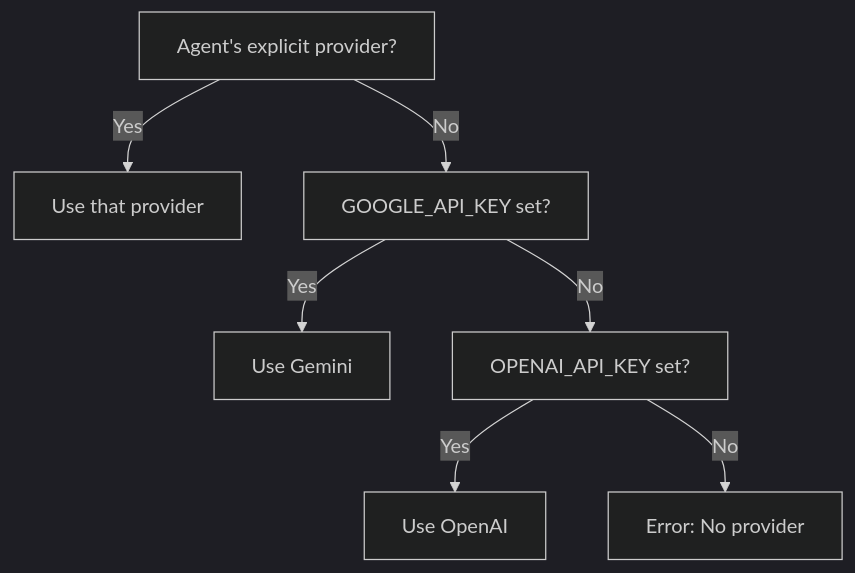
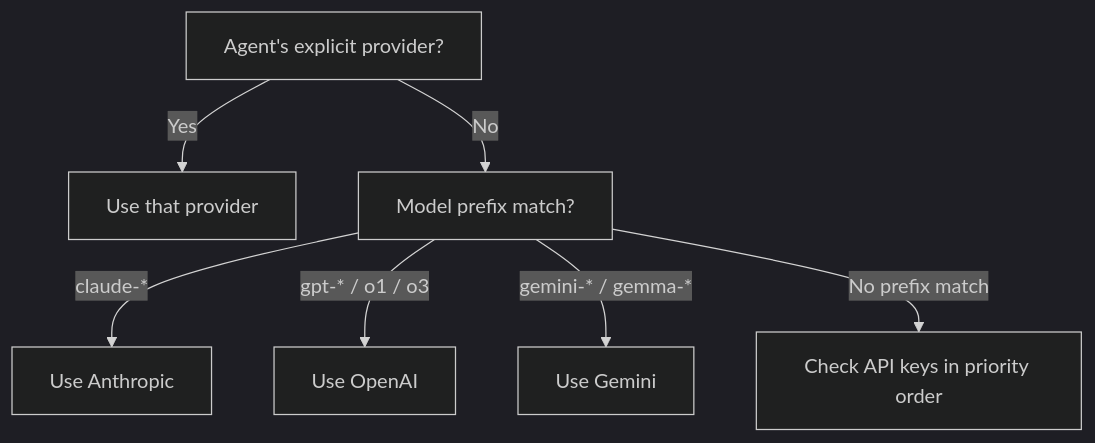
One commit to OpenAgentFlow/OpenAgentFlow changed the first of 2 diagrams in docs/guides/configuration.md. Above: the diagram before and after it, drawn with Mermaid (dark theme). The commit also changed other lines of this file and 19 other files, not shown here.

````diff
--- a/docs/guides/configuration.md
+++ b/docs/guides/configuration.md
@@ -39,9 +65,9 @@
 ```mermaid
 graph TD
     A["Agent's explicit provider?"] -->|Yes| B["Use that provider"]
-    A -->|No| C["GOOGLE_API_KEY set?"]
-    C -->|Yes| D["Use Gemini"]
-    C -->|No| E["OPENAI_API_KEY set?"]
-    E -->|Yes| F["Use OpenAI"]
-    E -->|No| G["Error: No provider"]
+    A -->|No| C["Model prefix match?"]
+    C -->|"claude-*"| D["Use Anthropic"]
+    C -->|"gpt-* / o1 / o3"| E["Use OpenAI"]
+    C -->|"gemini-* / gemma-*"| F["Use Gemini"]
+    C -->|No prefix match| G["Check API keys in priority order"]
 ```
````
